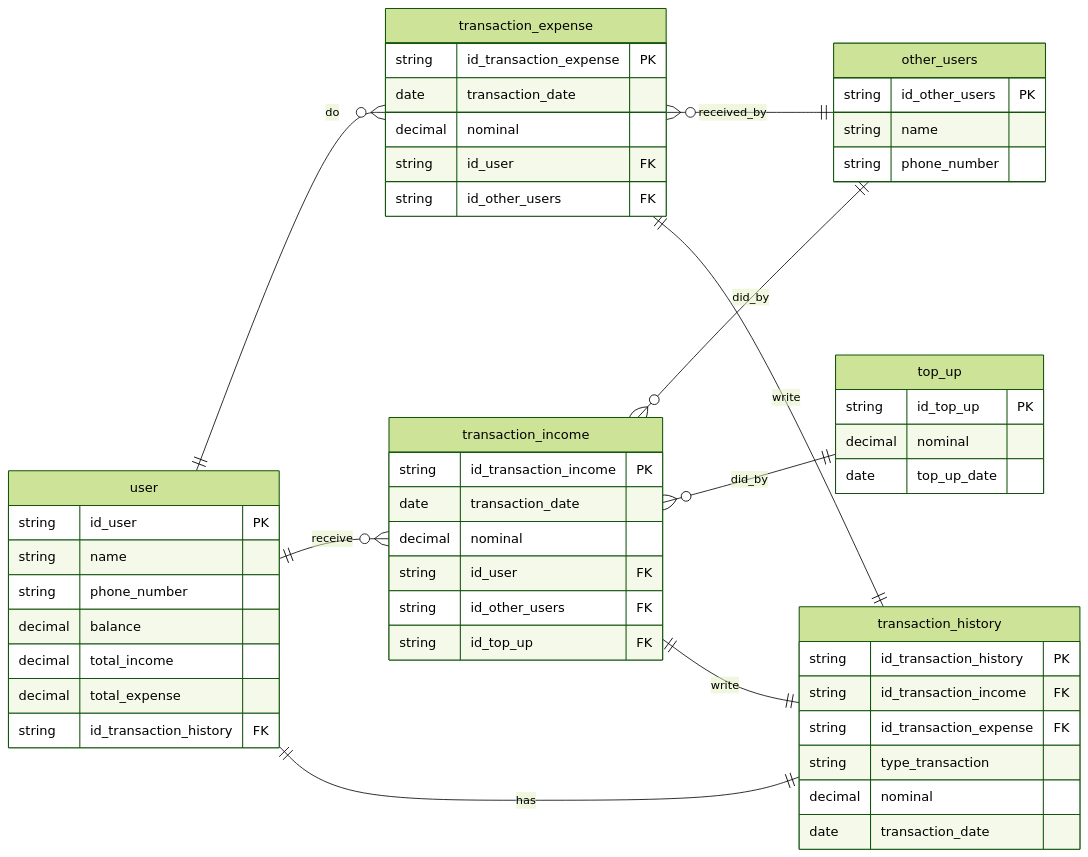
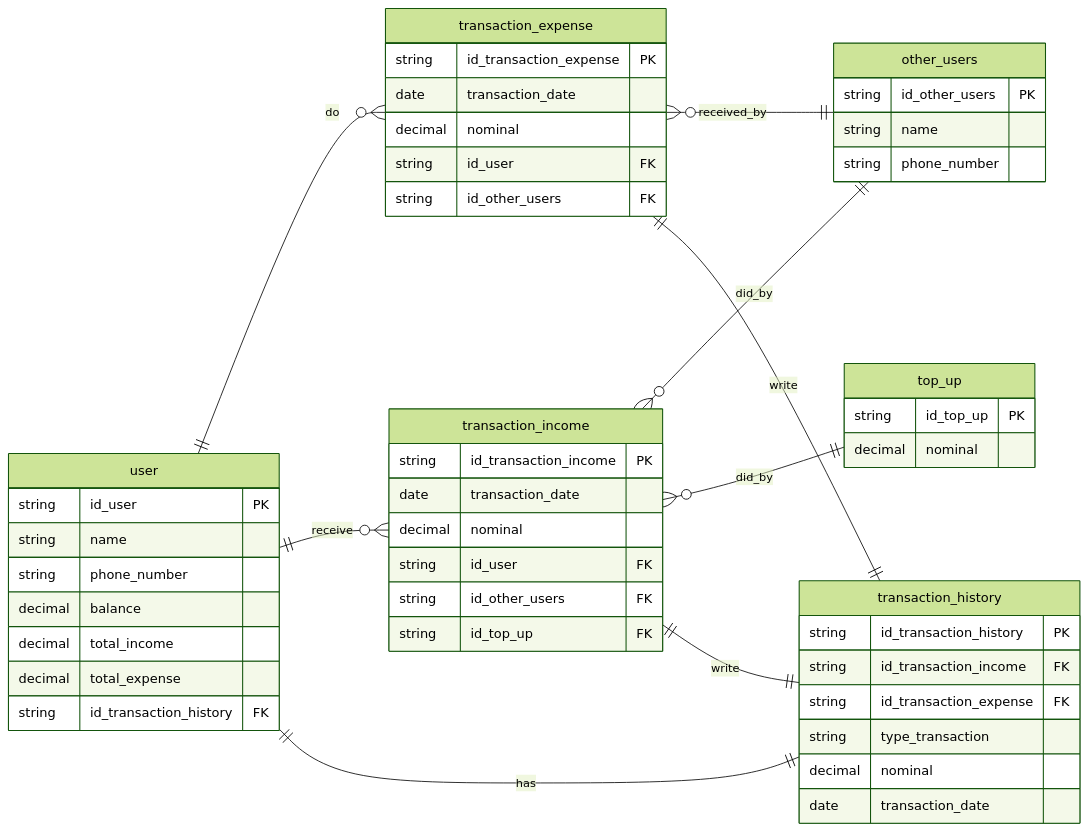
One commit to mdavindarinaldy/fgo24-db-ewallet changed the diagram in README.md. Above: the diagram before and after it, drawn with Mermaid (forest theme). The commit also changed other lines of this file, not shown here.

Commit message:
docs: update README delete date key in top_up entity

````diff
--- a/README.md
+++ b/README.md
@@ -7,55 +7,54 @@
 ```mermaid
 erDiagram
     direction LR
     user {
         string id_user PK
         string name
         string phone_number
         decimal balance
         decimal total_income
         decimal total_expense
         string id_transaction_history FK
     }
     transaction_expense {
         string id_transaction_expense PK
         date transaction_date
         decimal nominal
         string id_user FK
         string id_other_users FK
     }
     transaction_income {
         string id_transaction_income PK
         date transaction_date
         decimal nominal
         string id_user FK
         string id_other_users FK
         string id_top_up FK
     }
     other_users {
         string id_other_users PK
         string name
         string phone_number
     }
     transaction_history{
         string id_transaction_history PK
         string id_transaction_income FK
         string id_transaction_expense FK
         string type_transaction
         decimal nominal
         date transaction_date
     }
     top_up {
         string id_top_up PK
         decimal nominal
-        date top_up_date
     }
 
     user ||--o{ transaction_expense : do
     user ||--o{ transaction_income : receive
     user ||--|| transaction_history : has
     transaction_income }o--|| other_users : did_by
     transaction_income }o--|| top_up : did_by
     transaction_income ||--|| transaction_history : write
     transaction_expense }o--|| other_users : received_by
     transaction_expense ||--|| transaction_history : write
 ```
````
